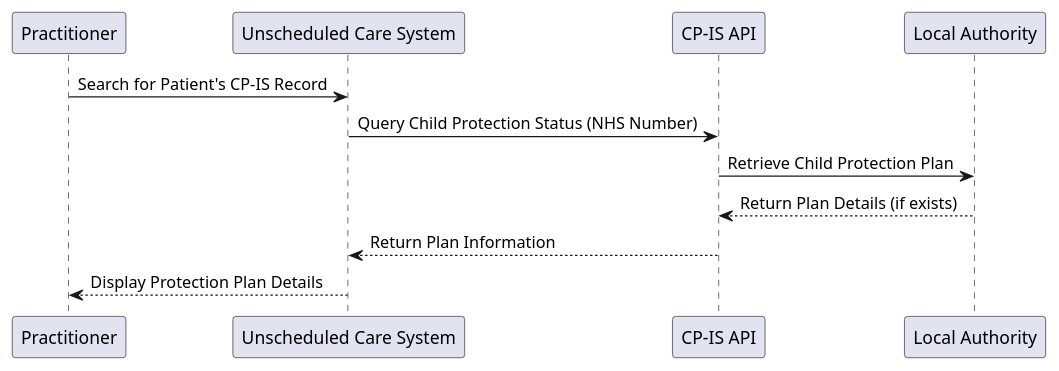
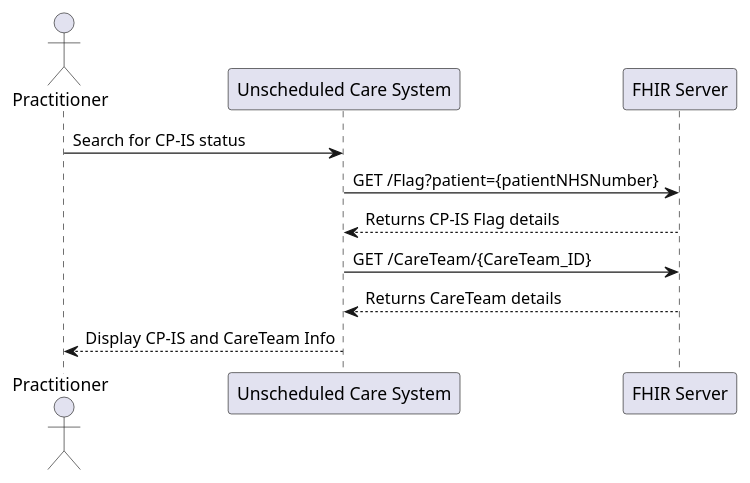
One commit to NHSDigital/IOPS-FHIR-Simplifier-Backup changed the second of 2 diagrams in NHSEnglandProgrammeImplementationGuides/backup/guides/Patient-Flag-Implementation-Guide-Beta/Home/Use-Cases/CP-IS-Record/Retrieve-CP-IS-PatientFlags.page.md. Above: the diagram before and after it, drawn with PlantUML. The commit also changed other lines of this file and 4 other files, not shown here.

```diff
--- a/NHSEnglandProgrammeImplementationGuides/backup/guides/Patient-Flag-Implementation-Guide-Beta/Home/Use-Cases/CP-IS-Record/Retrieve-CP-IS-PatientFlags.page.md
+++ b/NHSEnglandProgrammeImplementationGuides/backup/guides/Patient-Flag-Implementation-Guide-Beta/Home/Use-Cases/CP-IS-Record/Retrieve-CP-IS-PatientFlags.page.md
@@ -37,13 +39,16 @@
 @startuml
-participant "Practitioner" as P
-participant "Unscheduled Care System" as UCS
-participant "CP-IS API" as CPIS
-participant "Local Authority" as LADB
 
-P -> UCS: Search for Patient's CP-IS Record
-UCS -> CPIS: Query Child Protection Status (NHS Number)
-CPIS -> LADB: Retrieve Child Protection Plan
-LADB --> CPIS: Return Plan Details (if exists)
-CPIS --> UCS: Return Plan Information
-UCS --> P: Display Protection Plan Details
+actor "Practitioner" as Practitioner
+participant "Unscheduled Care System" as System
+participant "FHIR Server" as FHIR
+
+Practitioner -> System: Search for CP-IS status
+System -> FHIR: GET /Flag?patient={patientNHSNumber}
+FHIR --> System: Returns CP-IS Flag details
+
+System -> FHIR: GET /CareTeam/{CareTeam_ID}
+FHIR --> System: Returns CareTeam details
+
+System --> Practitioner: Display CP-IS and CareTeam Info
+
 @enduml
```
